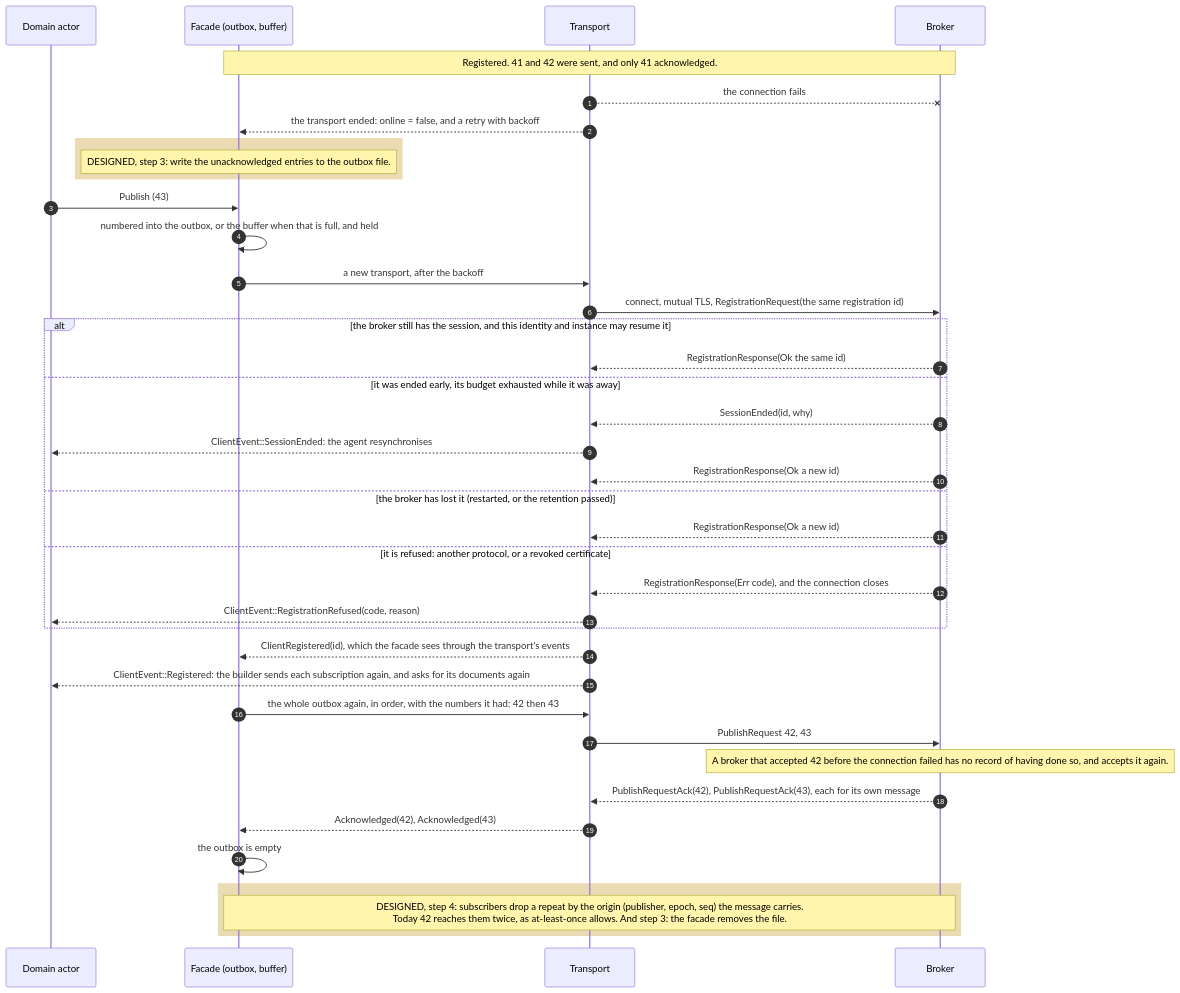
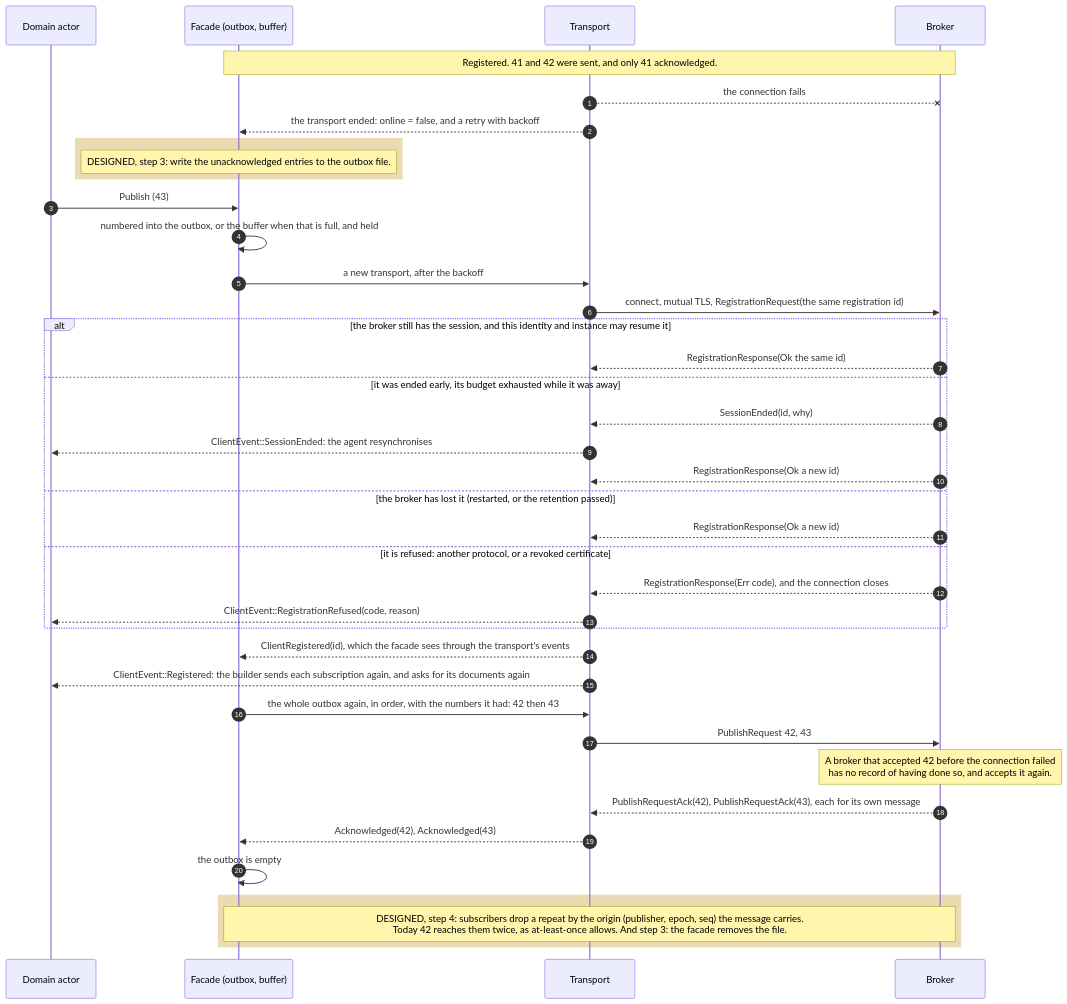
One commit to cmu-sei/ace-tops changed the diagram in docs/architecture/sequences/general/cassini_client_recovery.mmd. Above: the diagram before and after it, drawn with Mermaid. The commit also changed 69 other files, not shown here.

First line of the commit message:
docs(sequences): the rest of the audit, drawn from the code

```diff
--- a/docs/architecture/sequences/general/cassini_client_recovery.mmd
+++ b/docs/architecture/sequences/general/cassini_client_recovery.mmd
@@ -1,65 +1,65 @@
 %% ACE Tool
 %%
 %% Copyright 2026 Carnegie Mellon University.
 %%
 %% NO WARRANTY. THIS CARNEGIE MELLON UNIVERSITY AND SOFTWARE ENGINEERING INSTITUTE MATERIAL IS
 %% FURNISHED ON AN "AS-IS" BASIS. CARNEGIE MELLON UNIVERSITY MAKES NO WARRANTIES OF ANY KIND, EITHER
 %% EXPRESSED OR IMPLIED, AS TO ANY MATTER INCLUDING, BUT NOT LIMITED TO, WARRANTY OF FITNESS FOR
 %% PURPOSE OR MERCHANTABILITY, EXCLUSIVITY, OR RESULTS OBTAINED FROM USE OF THE MATERIAL. CARNEGIE
 %% MELLON UNIVERSITY DOES NOT MAKE ANY WARRANTY OF ANY KIND WITH RESPECT TO FREEDOM FROM PATENT,
 %% TRADEMARK, OR COPYRIGHT INFRINGEMENT.
 %%
 %% Licensed under a MIT (SEI)-style license, please see license.txt or contact
 %% permission@sei.cmu.edu for full terms.
 %%
 %% [DISTRIBUTION STATEMENT A] This material has been approved for public release and unlimited
 %% distribution.  Please see Copyright notice for non-US Government use and distribution.
 %%
 %% This Software includes and/or makes use of Third-Party Software each subject to its own license.
 %%
 %% DM26-0670
 
 %% Losing the connection and coming back, as built (2026-11-04, docs/architecture/cassini-client-reliability.md, "Step 2, as built"). Shaded is the design, not built:
 %% the outbox file (step 3) and the deduplication (step 4). So a facade that ends loses its outbox, and a message sent again may be delivered twice.
 sequenceDiagram
     autonumber
     participant D as Domain actor
     participant F as Facade (outbox, buffer)
     participant T as Transport
     participant B as Broker
 
     Note over F,B: Registered. 41 and 42 were sent, and only 41 acknowledged.
     T--xB: the connection fails
     T-->>F: the transport ended: online = false, and a retry with backoff
     rect rgb(235, 219, 178)
     Note over F: DESIGNED, step 3: write the unacknowledged entries to the outbox file.
     end
     D->>F: Publish (43)
     F->>F: numbered into the outbox, or the buffer when that is full, and held
     F->>T: a new transport, after the backoff
     T->>B: connect, mutual TLS, RegistrationRequest(the same registration id)
 
     alt the broker still has the session, and this identity and instance may resume it
         B-->>T: RegistrationResponse(Ok the same id)
     else it was ended early, its budget exhausted while it was away
         B-->>T: SessionEnded(id, why)
         T-->>D: ClientEvent::SessionEnded: the agent resynchronises
         B-->>T: RegistrationResponse(Ok a new id)
     else the broker has lost it (restarted, or the retention passed)
         B-->>T: RegistrationResponse(Ok a new id)
     else it is refused: another protocol, or a revoked certificate
         B-->>T: RegistrationResponse(Err code), and the connection closes
         T-->>D: ClientEvent::RegistrationRefused(code, reason)
     end
 
     T-->>F: ClientRegistered(id), which the facade sees through the transport's events
     T-->>D: ClientEvent::Registered: the builder sends each subscription again, and asks for its documents again
     F->>T: the whole outbox again, in order, with the numbers it had: 42 then 43
     T->>B: PublishRequest 42, 43
-    Note over B: A broker that accepted 42 before the connection failed has no record of having done so, and accepts it again.
+    Note over B: A broker that accepted 42 before the connection failed<br/>has no record of having done so, and accepts it again.
     B-->>T: PublishRequestAck(42), PublishRequestAck(43), each for its own message
     T-->>F: Acknowledged(42), Acknowledged(43)
     F->>F: the outbox is empty
     rect rgb(235, 219, 178)
     Note over F,B: DESIGNED, step 4: subscribers drop a repeat by the origin (publisher, epoch, seq) the message carries.<br/>Today 42 reaches them twice, as at-least-once allows. And step 3: the facade removes the file.
     end
```
